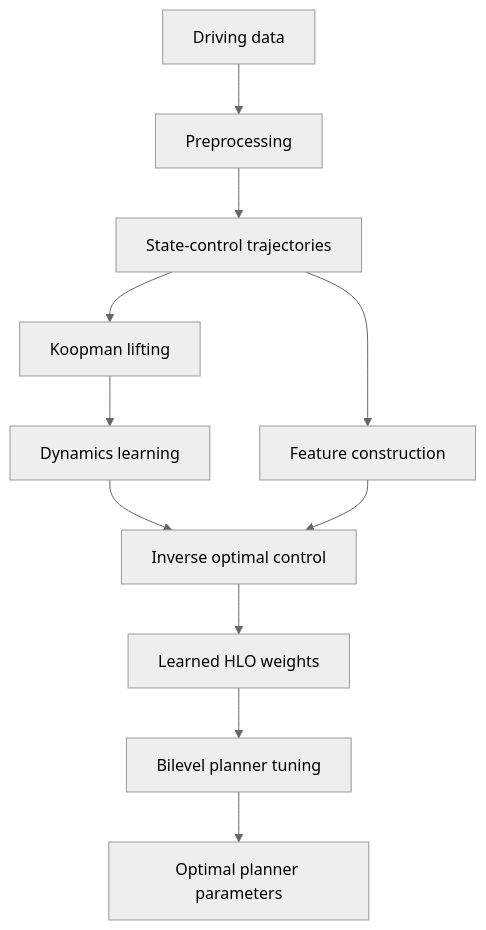
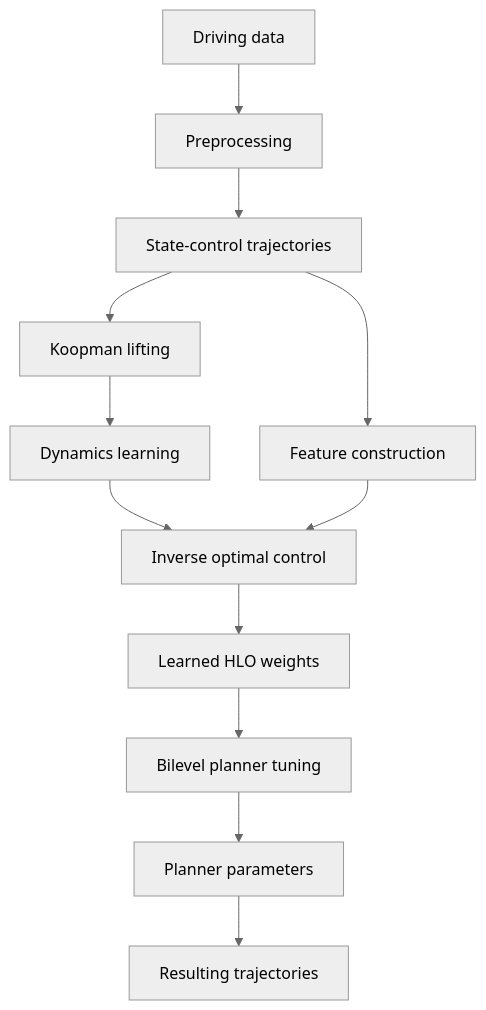
Before and after one commit to yerynkim-jazz/ddioc-trajectory-planning: the diagram in README.md, drawn with Mermaid (neutral theme).

Commit message:
Edited method architecture diagram 4th

````diff
--- a/README.md
+++ b/README.md
@@ -29,15 +29,17 @@
 ```mermaid
 flowchart TD
     A["Driving data"] --> B["Preprocessing"]
     B --> C["State-control trajectories"]
     C --> D["Koopman lifting"]
     D --> E["Dynamics learning"]
 
     C --> F["Feature construction"]
     E --> G["Inverse optimal control"]
     F --> G
 
     G --> H["Learned HLO weights"]
     H --> I["Bilevel planner tuning"]
-    I --> J["Optimal planner parameters"]
+    I --> J["Planner parameters"]
+    J --> K["Resulting trajectories"]
+
 ```
````
